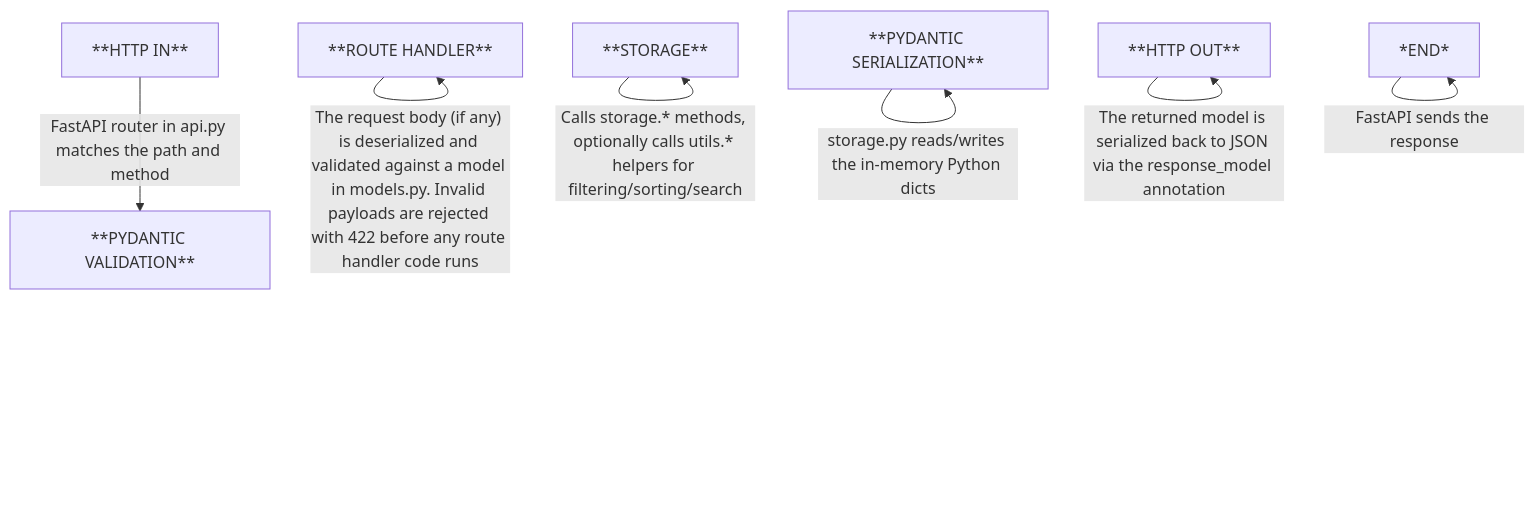
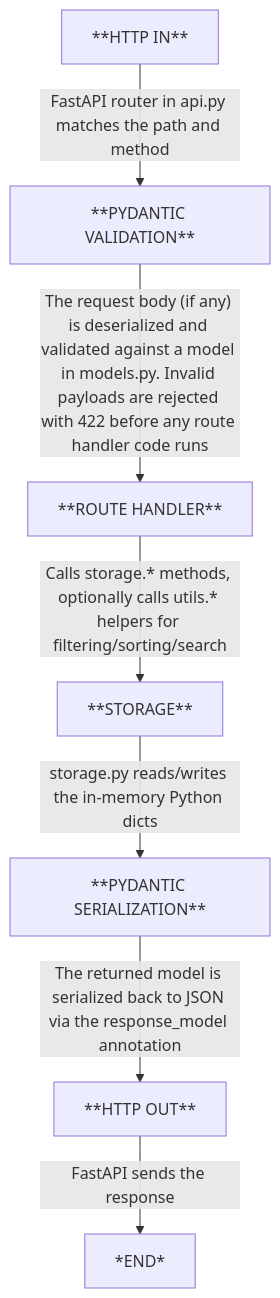
One commit to mikerukaj/saras_ai_10x-engineer-project-repo changed the diagram in docs/SYSTEM_MODEL.md. Above: the diagram before and after it, drawn with Mermaid.

Commit message:
testing flow chart syntax in docs/SYSTEM_MODEL.md

````diff
--- a/docs/SYSTEM_MODEL.md
+++ b/docs/SYSTEM_MODEL.md
@@ -45,9 +45,9 @@
 ```mermaid
 flowchart TD
     A[**HTTP IN**] -- FastAPI router in api.py matches the path and method --> B[**PYDANTIC VALIDATION**] 
-    C -- The request body (if any) is deserialized and validated against a model in models.py. Invalid payloads are rejected with 422 before any route handler code runs --> C[**ROUTE HANDLER**] 
-    D -- Calls storage.* methods, optionally calls utils.* helpers for filtering/sorting/search --> D[**STORAGE**] 
-    E -- storage.py reads/writes the in-memory Python dicts --> E[**PYDANTIC SERIALIZATION**] 
-    F -- The returned model is serialized back to JSON via the response_model annotation --> F[**HTTP OUT**] 
-    G -- FastAPI sends the response --> G[*END*]
+    B -- The request body (if any) is deserialized and validated against a model in models.py. Invalid payloads are rejected with 422 before any route handler code runs --> C[**ROUTE HANDLER**] 
+    C -- Calls storage.* methods, optionally calls utils.* helpers for filtering/sorting/search --> D[**STORAGE**] 
+    D -- storage.py reads/writes the in-memory Python dicts --> E[**PYDANTIC SERIALIZATION**] 
+    E -- The returned model is serialized back to JSON via the response_model annotation --> F[**HTTP OUT**] 
+    F -- FastAPI sends the response --> G[*END*]
 ```
````
